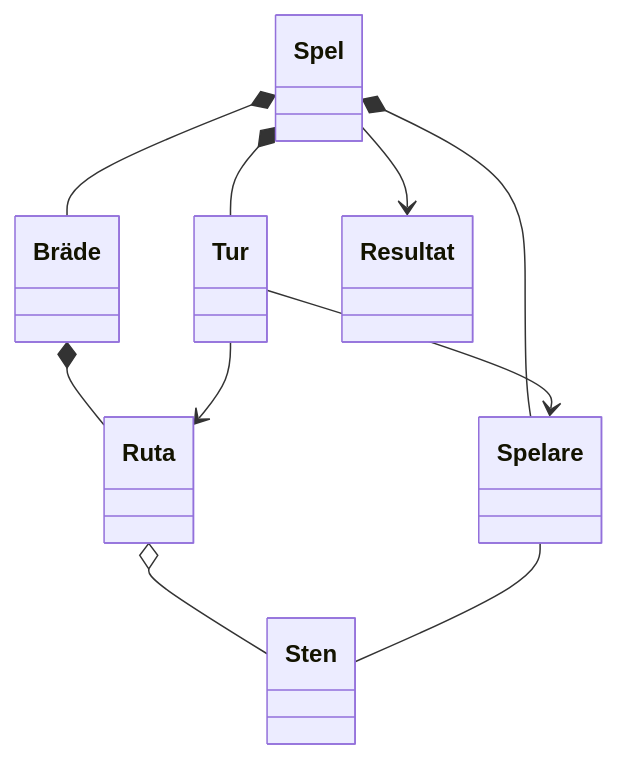
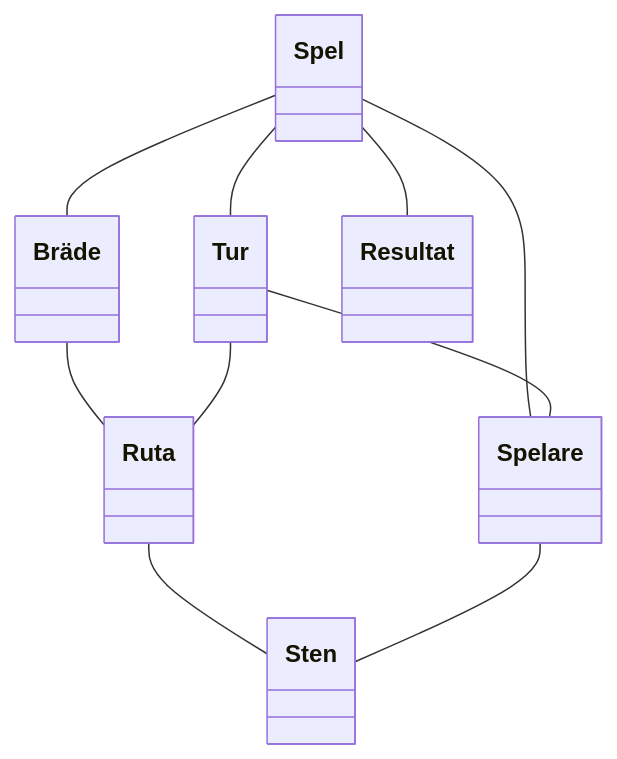
One commit to Jsambok11/gomoku-git changed the diagram in aaa.md. Above: the diagram before and after it, drawn with Mermaid.

Commit message:
test of diagrams, v6,1 , experimenting

````diff
--- a/aaa.md
+++ b/aaa.md
@@ -1,39 +1,36 @@
 ```mermaid
 classDiagram
     direction TB
 
     class Spel {
     }
 
     class Spelare {
     }
 
     class Bräde {
     }
 
     class Ruta {
     }
 
     class Sten {
     }
 
     class Tur {
     }
 
     class Resultat {
     }
 
     %% Relationer
-    Spel *--  Spelare
-    Spel *--  Bräde
-    Spel *--  Tur
-    Spel -->  Resultat
-
-    Bräde *-- Ruta
-    Ruta o-- Sten
-
-    Tur --> Spelare
-    Tur --> Ruta
-
+    Spel --  Spelare
+    Spel --  Bräde
+    Spel --  Tur
+    Spel --  Resultat
+    Bräde -- Ruta
+    Ruta -- Sten
+    Tur -- Spelare
+    Tur -- Ruta
     Spelare -- Sten
 ```
````
